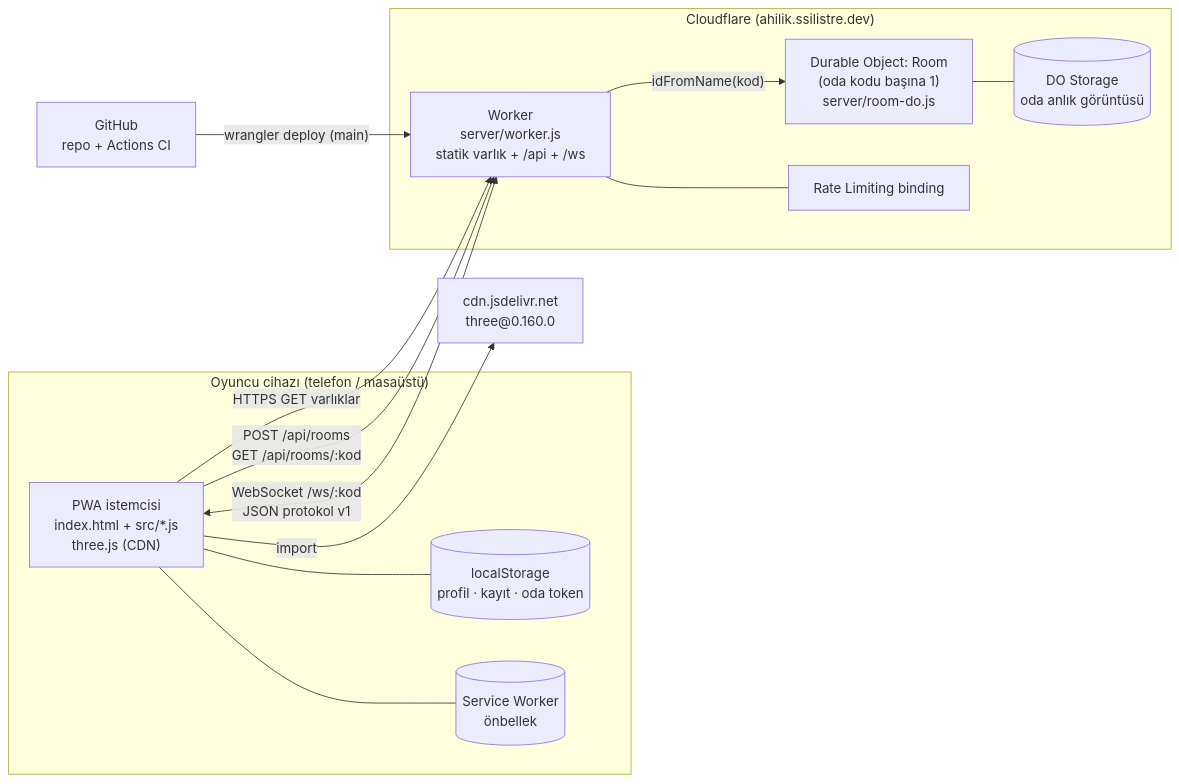
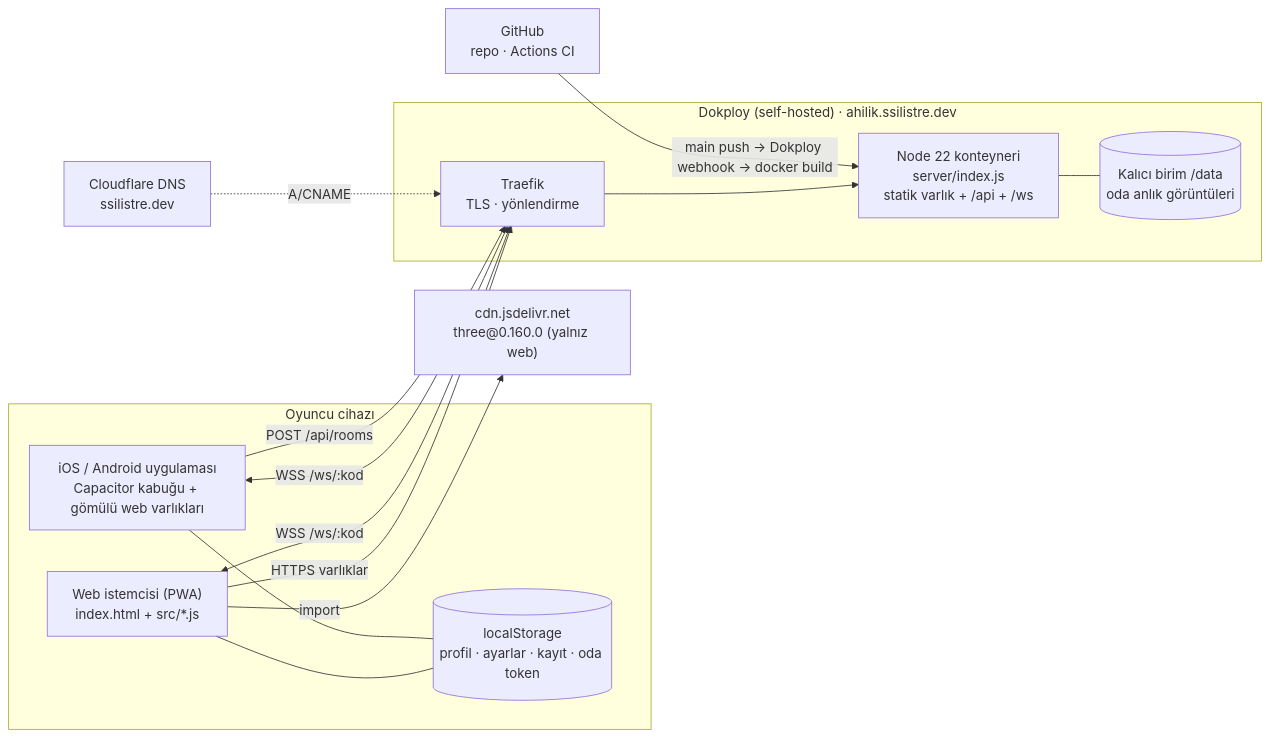
One commit to SSilistre-dev/ahilik-yolu changed the first of 6 diagrams in docs/ARCHITECTURE.md. Above: the diagram before and after it, drawn with Mermaid. The commit also changed other lines of this file, not shown here.

Commit message:
docs(arch): self-hosted Node server on Dokploy, mobile shell, rematch flow

````diff
--- a/docs/ARCHITECTURE.md
+++ b/docs/ARCHITECTURE.md
@@ -29,27 +30,28 @@
 ```mermaid
 flowchart LR
-  subgraph Cihaz["Oyuncu cihazı (telefon / masaüstü)"]
-    PWA["PWA istemcisi<br/>index.html + src/*.js<br/>three.js (CDN)"]
-    LS[("localStorage<br/>profil · kayıt · oda token")]
-    SWC[("Service Worker<br/>önbellek")]
+  subgraph Cihaz["Oyuncu cihazı"]
+    PWA["Web istemcisi (PWA)<br/>index.html + src/*.js"]
+    APP["iOS / Android uygulaması<br/>Capacitor kabuğu + gömülü web varlıkları"]
+    LS[("localStorage<br/>profil · ayarlar · kayıt · oda token")]
   end
-  subgraph CF["Cloudflare (ahilik.ssilistre.dev)"]
-    W["Worker<br/>server/worker.js<br/>statik varlık + /api + /ws"]
-    DO["Durable Object: Room<br/>(oda kodu başına 1)<br/>server/room-do.js"]
-    ST[("DO Storage<br/>oda anlık görüntüsü")]
-    RL["Rate Limiting binding"]
+  subgraph Dokploy["Dokploy (self-hosted) · ahilik.ssilistre.dev"]
+    TR["Traefik<br/>TLS · yönlendirme"]
+    NODE["Node 22 konteyneri<br/>server/index.js<br/>statik varlık + /api + /ws"]
+    VOL[("Kalıcı birim /data<br/>oda anlık görüntüleri")]
   end
-  JSD["cdn.jsdelivr.net<br/>three@0.160.0"]
-  GH["GitHub<br/>repo + Actions CI"]
+  JSD["cdn.jsdelivr.net<br/>three@0.160.0 (yalnız web)"]
+  GH["GitHub<br/>repo · Actions CI"]
+  DNS["Cloudflare DNS<br/>ssilistre.dev"]
 
-  PWA -- "HTTPS GET varlıklar" --> W
-  PWA -- "POST /api/rooms<br/>GET /api/rooms/:kod" --> W
-  PWA <-- "WebSocket /ws/:kod<br/>JSON protokol v1" --> W
-  W -- "idFromName(kod)" --> DO
-  DO --- ST
-  W --- RL
-  PWA -- "import" --> JSD
+  PWA -- "HTTPS varlıklar" --> TR
+  PWA <-- "WSS /ws/:kod" --> TR
+  APP <-- "WSS /ws/:kod" --> TR
+  APP -- "POST /api/rooms" --> TR
+  TR --> NODE
+  NODE --- VOL
+  PWA -- import --> JSD
   PWA --- LS
-  PWA --- SWC
-  GH -- "wrangler deploy (main)" --> W
+  APP --- LS
+  GH -- "main push → Dokploy webhook → docker build" --> NODE
+  DNS -. "A/CNAME" .-> TR
 ```
````
